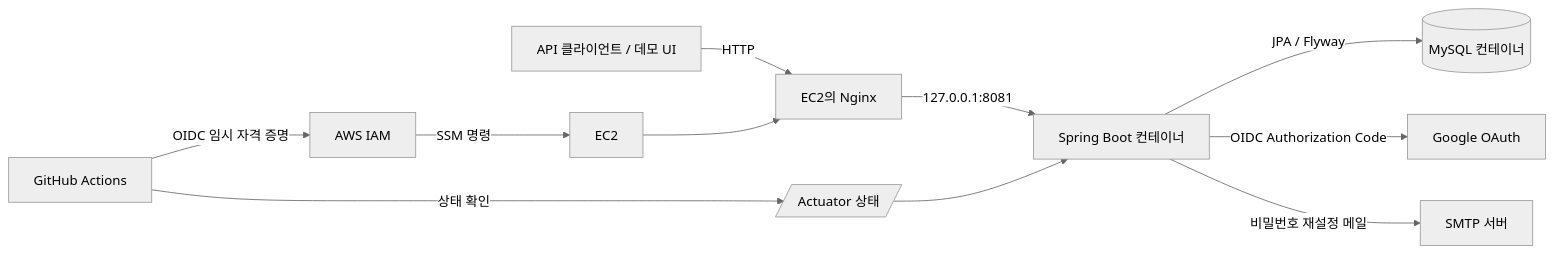
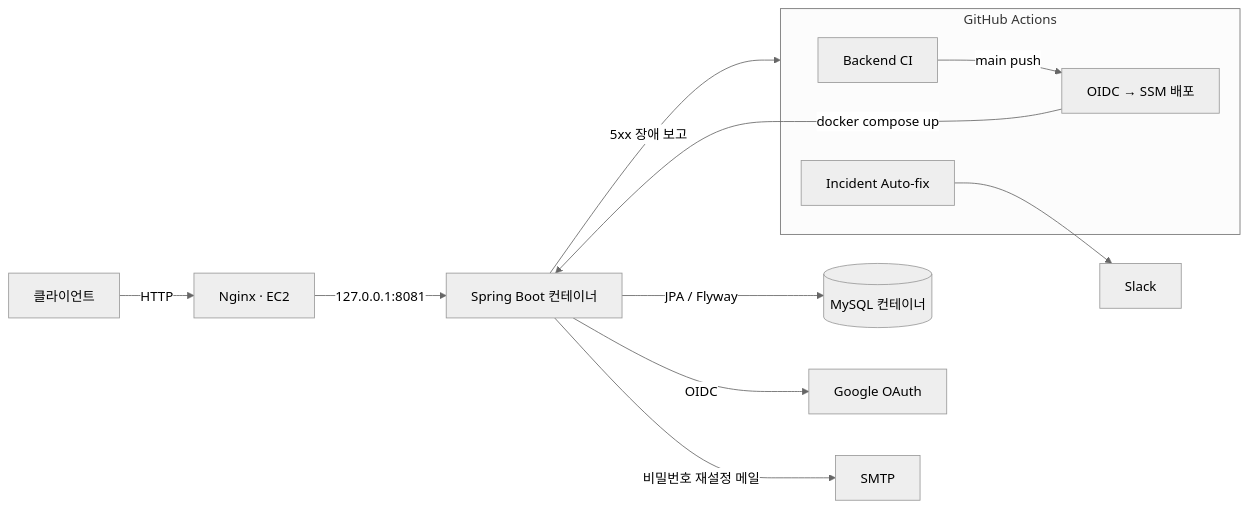
Before and after one commit to jong9s/renewmate-backend: the first of 5 diagrams in README.md, drawn with Mermaid (neutral theme). The commit also changed other lines of this file, not shown here.

First line of the commit message:
docs: rewrite README to match current code

````diff
--- a/README.md
+++ b/README.md
@@ -35,14 +20,16 @@
 ```mermaid
 flowchart LR
-    U[API 클라이언트 / 데모 UI] -->|HTTP| N[EC2의 Nginx]
+    U[클라이언트] -->|HTTP| N[Nginx · EC2]
     N -->|127.0.0.1:8081| A[Spring Boot 컨테이너]
     A -->|JPA / Flyway| D[(MySQL 컨테이너)]
-    A -->|OIDC Authorization Code| G[Google OAuth]
-    A -->|비밀번호 재설정 메일| M[SMTP 서버]
+    A -->|OIDC| G[Google OAuth]
+    A -->|비밀번호 재설정 메일| M[SMTP]
+    A -->|5xx 장애 보고| GH
 
-    GH[GitHub Actions] -->|OIDC 임시 자격 증명| AWS[AWS IAM]
-    AWS -->|SSM 명령| E[EC2]
-    E --> N
-    GH -->|상태 확인| H[/Actuator 상태/]
-    H --> A
+    subgraph GH[GitHub Actions]
+        CI[Backend CI] -->|main push| DEP[OIDC → SSM 배포]
+        IA[Incident Auto-fix]
+    end
+    DEP -->|docker compose up| A
+    IA --> S[Slack]
 ```
````
